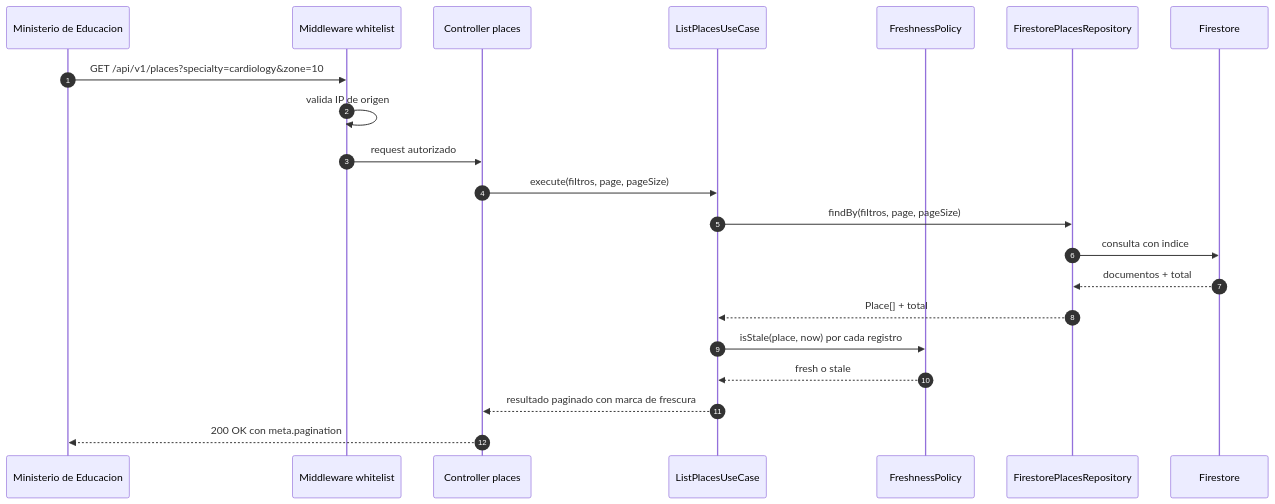
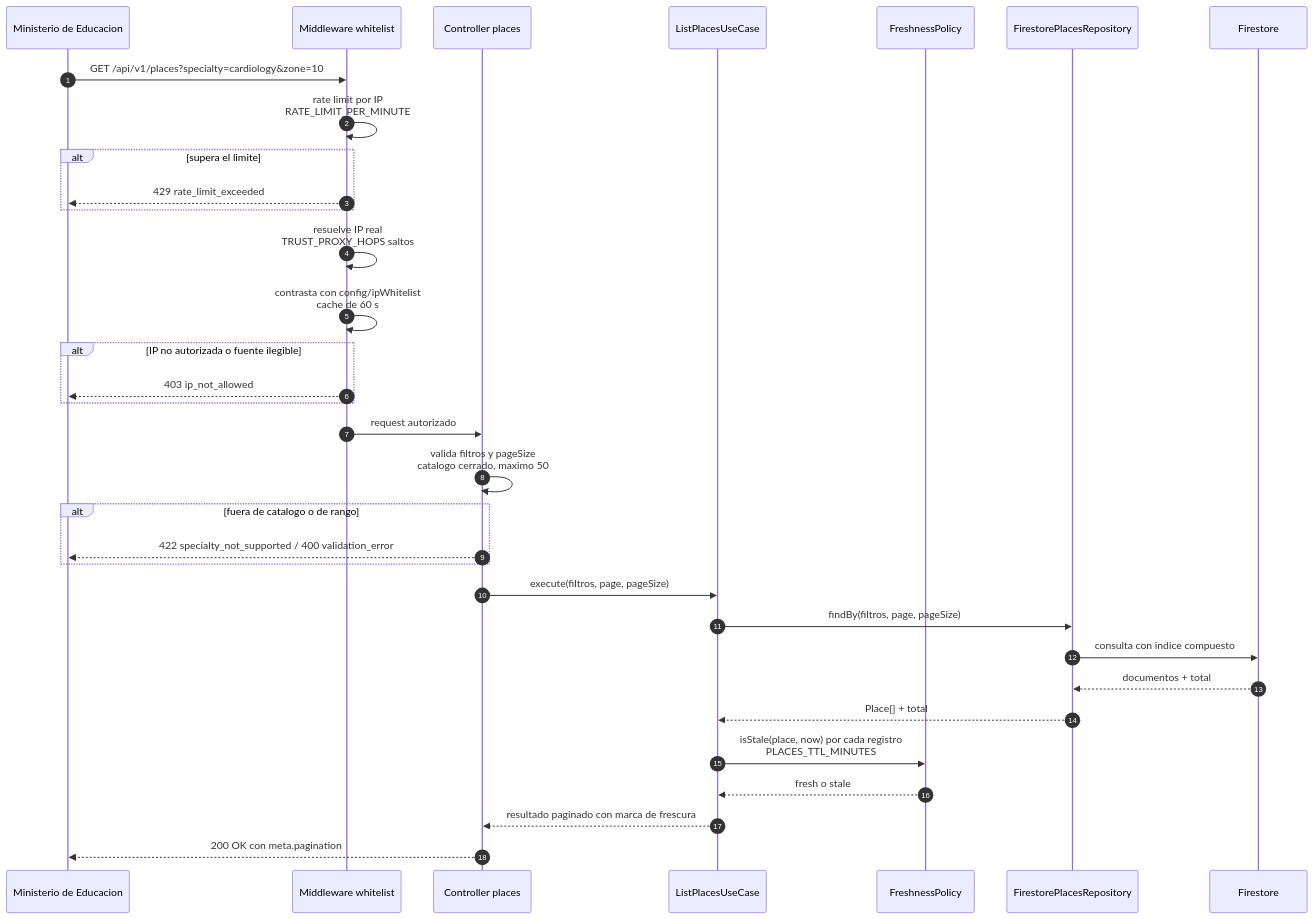
One commit to JosueSay/medical-specialists-directory changed the sixth of 9 diagrams in docs/design.md. Above: the diagram before and after it, drawn with Mermaid. The commit also changed other lines of this file and 1 other file, not shown here.

````diff
--- a/docs/design.md
+++ b/docs/design.md
@@ -333,24 +383,36 @@
 ```mermaid
 sequenceDiagram
     autonumber
     participant ME as Ministerio de Educacion
     participant MW as Middleware whitelist
     participant CT as Controller places
     participant UC as ListPlacesUseCase
     participant FP as FreshnessPolicy
     participant RP as FirestorePlacesRepository
     participant FS as Firestore
 
     ME->>MW: GET /api/v1/places?specialty=cardiology&zone=10
-    MW->>MW: valida IP de origen
+    MW->>MW: rate limit por IP<br/>RATE_LIMIT_PER_MINUTE
+    alt supera el limite
+        MW-->>ME: 429 rate_limit_exceeded
+    end
+    MW->>MW: resuelve IP real<br/>TRUST_PROXY_HOPS saltos
+    MW->>MW: contrasta con config/ipWhitelist<br/>cache de 60 s
+    alt IP no autorizada o fuente ilegible
+        MW-->>ME: 403 ip_not_allowed
+    end
     MW->>CT: request autorizado
+    CT->>CT: valida filtros y pageSize<br/>catalogo cerrado, maximo 50
+    alt fuera de catalogo o de rango
+        CT-->>ME: 422 specialty_not_supported / 400 validation_error
+    end
     CT->>UC: execute(filtros, page, pageSize)
     UC->>RP: findBy(filtros, page, pageSize)
-    RP->>FS: consulta con indice
+    RP->>FS: consulta con indice compuesto
     FS-->>RP: documentos + total
     RP-->>UC: Place[] + total
-    UC->>FP: isStale(place, now) por cada registro
+    UC->>FP: isStale(place, now) por cada registro<br/>PLACES_TTL_MINUTES
     FP-->>UC: fresh o stale
     UC-->>CT: resultado paginado con marca de frescura
     CT-->>ME: 200 OK con meta.pagination
 ```
````
